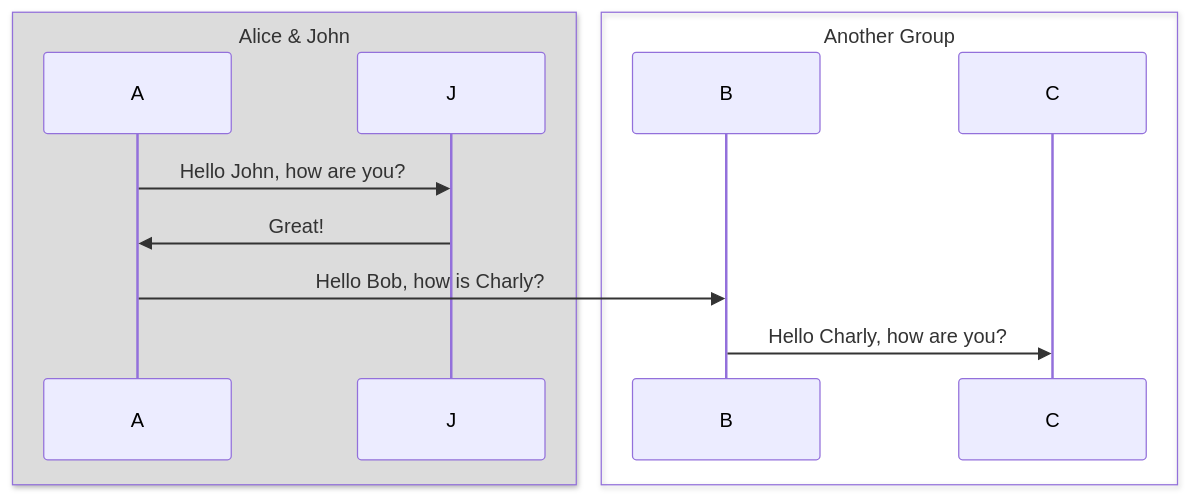
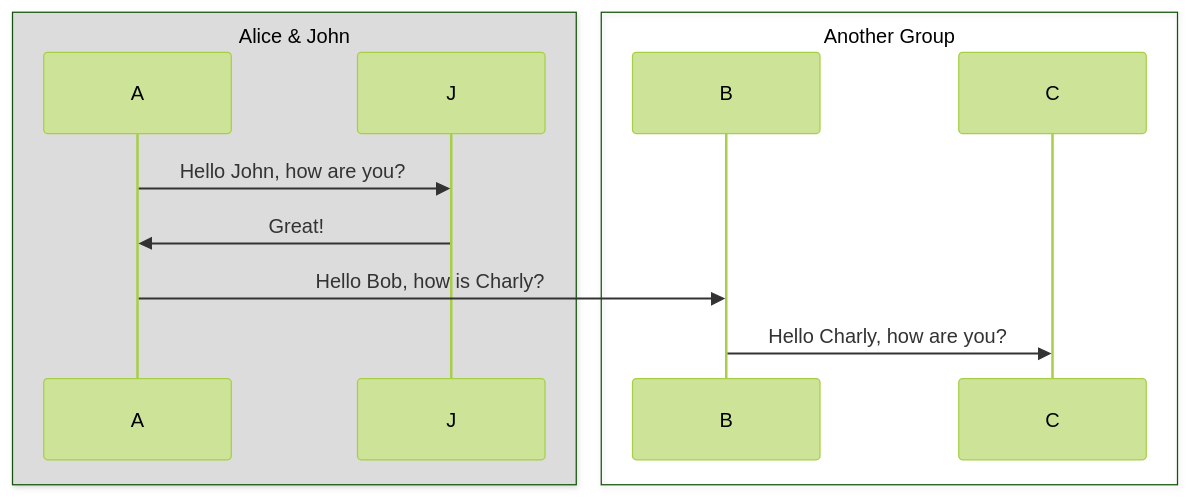
Before and after one commit to rnusser/bitsandbobs: the second of 2 diagrams in README.md, drawn with Mermaid.

Commit message:
test mermaid theme change

````diff
--- a/README.md
+++ b/README.md
@@ -27,15 +27,17 @@
 ```mermaid
+%%{init: {'theme':'forest'}}%%
+
 sequenceDiagram
     box Gainsboro Alice & John
     participant A
     participant J
     end
     box Another Group
     participant B
     participant C
     end
     A->>J: Hello John, how are you?
     J->>A: Great!
     A->>B: Hello Bob, how is Charly?
     B->>C: Hello Charly, how are you?
 ```
````
